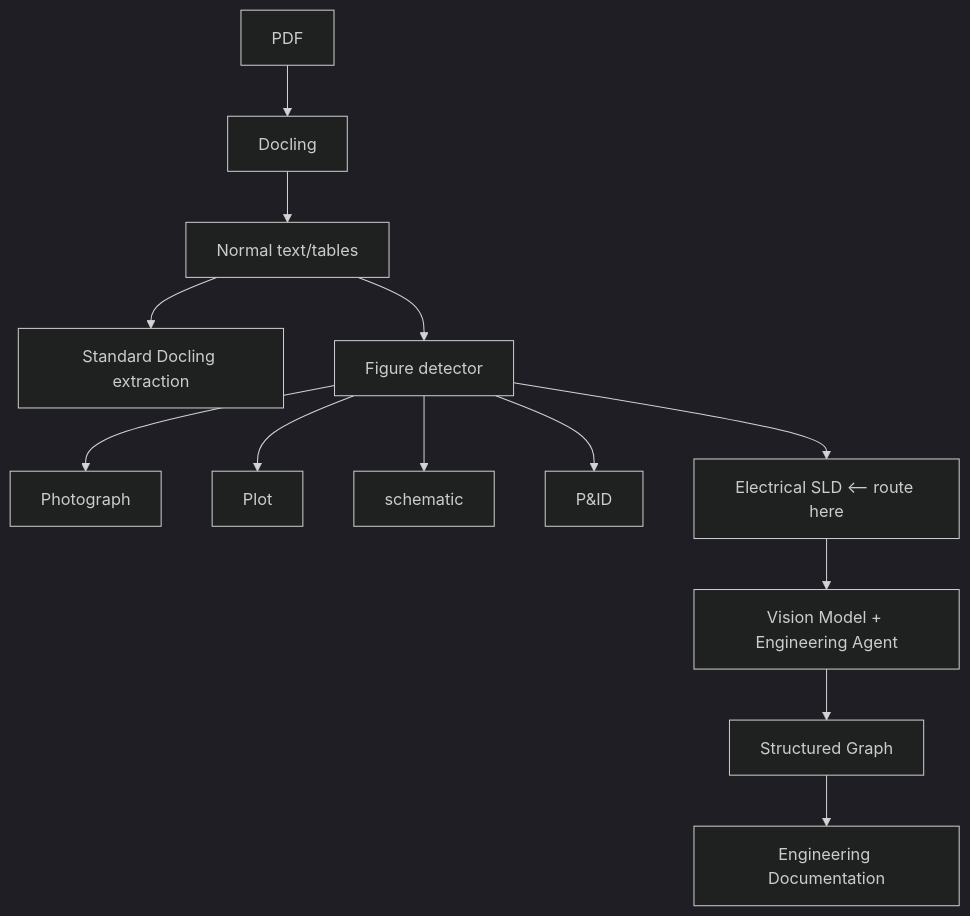
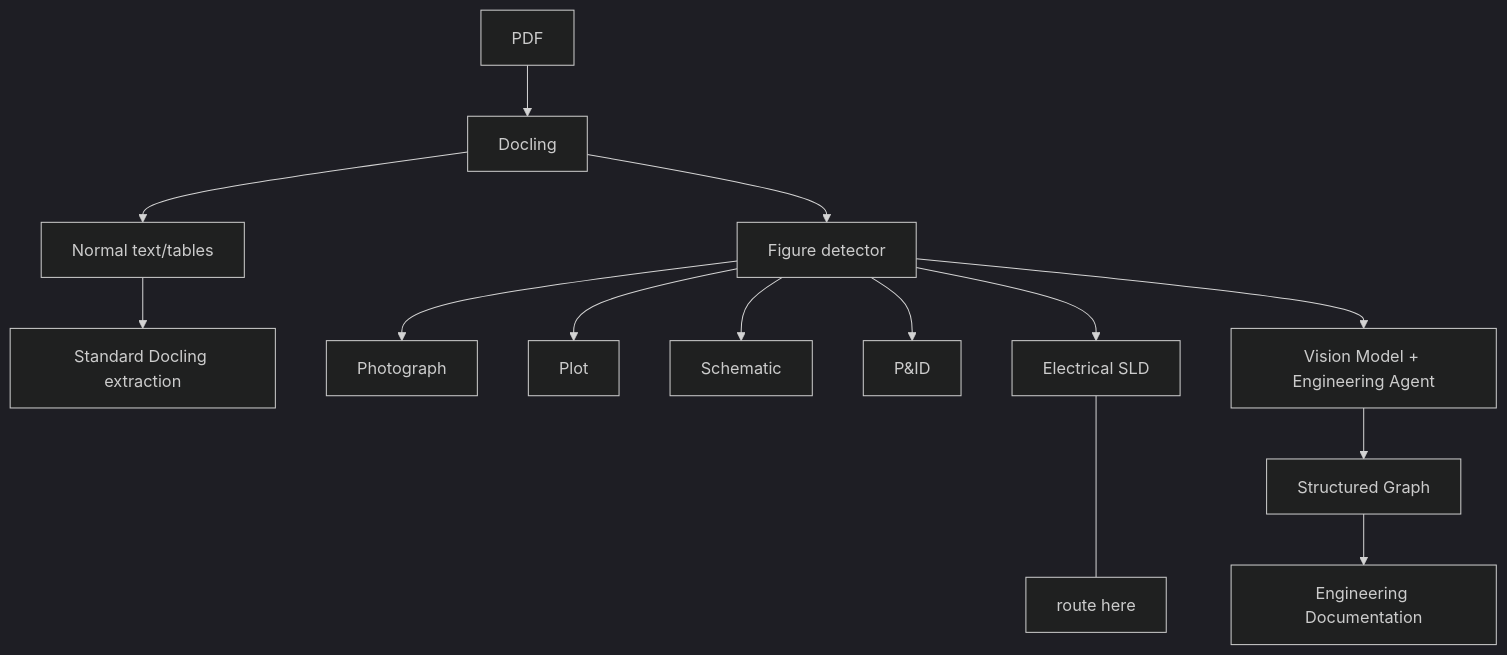
One commit to KupipiKuki/pdf2md changed the first of 4 diagrams in output.md. Above: the diagram before and after it, drawn with Mermaid (dark theme). The commit also changed other lines of this file and 6 other files, not shown here.

````diff
--- a/output.md
+++ b/output.md
@@ -11,28 +11,16 @@
 ```mermaid
 flowchart TD
-    PDF_1["PDF"]
-    Docling_2["Docling"]
-    Normaltextta_3["Normal text/tables"]
-    StandardDocl_4["Standard Docling extraction"]
-    Figuredetect_5["Figure detector"]
-    Photograph_6["Photograph"]
-    Plot_7["Plot"]
-    schematic_8["schematic"]
-    PID_9["P&ID"]
-    ElectricalSL_10["Electrical SLD &lt;-- route here"]
-    VisionModelE_11["Vision Model + Engineering Agent"]
-    StructuredGr_12["Structured Graph"]
-    EngineeringD_13["Engineering Documentation"]
-    PDF_1 --> Docling_2
-    Docling_2 --> Normaltextta_3
-    Normaltextta_3 --> StandardDocl_4
-    Normaltextta_3 --> Figuredetect_5
-    Figuredetect_5 --> Photograph_6
-    Figuredetect_5 --> Plot_7
-    Figuredetect_5 --> schematic_8
-    Figuredetect_5 --> PID_9
-    Figuredetect_5 --> ElectricalSL_10
-    ElectricalSL_10 --> VisionModelE_11
-    VisionModelE_11 --> StructuredGr_12
-    StructuredGr_12 --> EngineeringD_13
+    PDF --> Docling
+    Docling --> Normal_text_tables["Normal text/tables"]
+    Docling --> Figure_detector["Figure detector"]
+    Normal_text_tables --> Standard_Docling_extraction["Standard Docling extraction"]
+    Figure_detector --> Photograph["Photograph"]
+    Figure_detector --> Plot["Plot"]
+    Figure_detector --> Schematic["Schematic"]
+    Figure_detector --> P_ID["P&ID"]
+    Figure_detector --> Electrical_SLD["Electrical SLD"]
+    Electrical_SLD <--- route_here["route here"]
+    Figure_detector --> Vision_Model_Engineering_Agent["Vision Model + Engineering Agent"]
+    Vision_Model_Engineering_Agent --> Structured_Graph["Structured Graph"]
+    Structured_Graph --> Engineering_Documentation["Engineering Documentation"]
 ```
````
